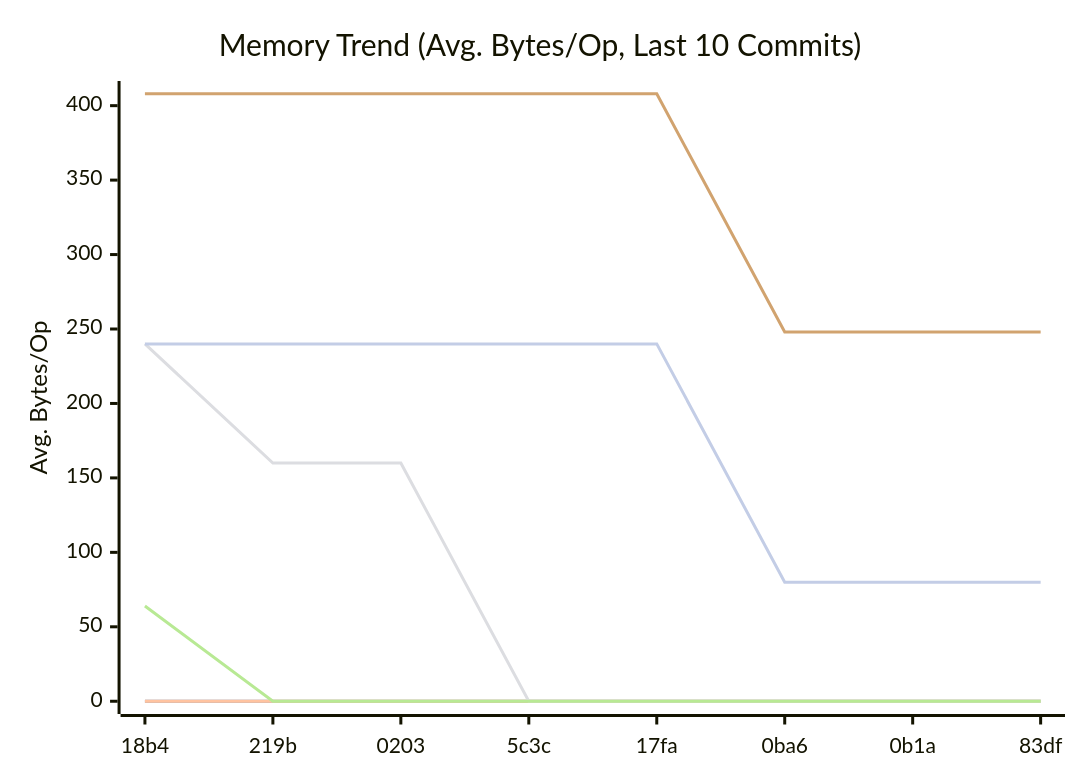
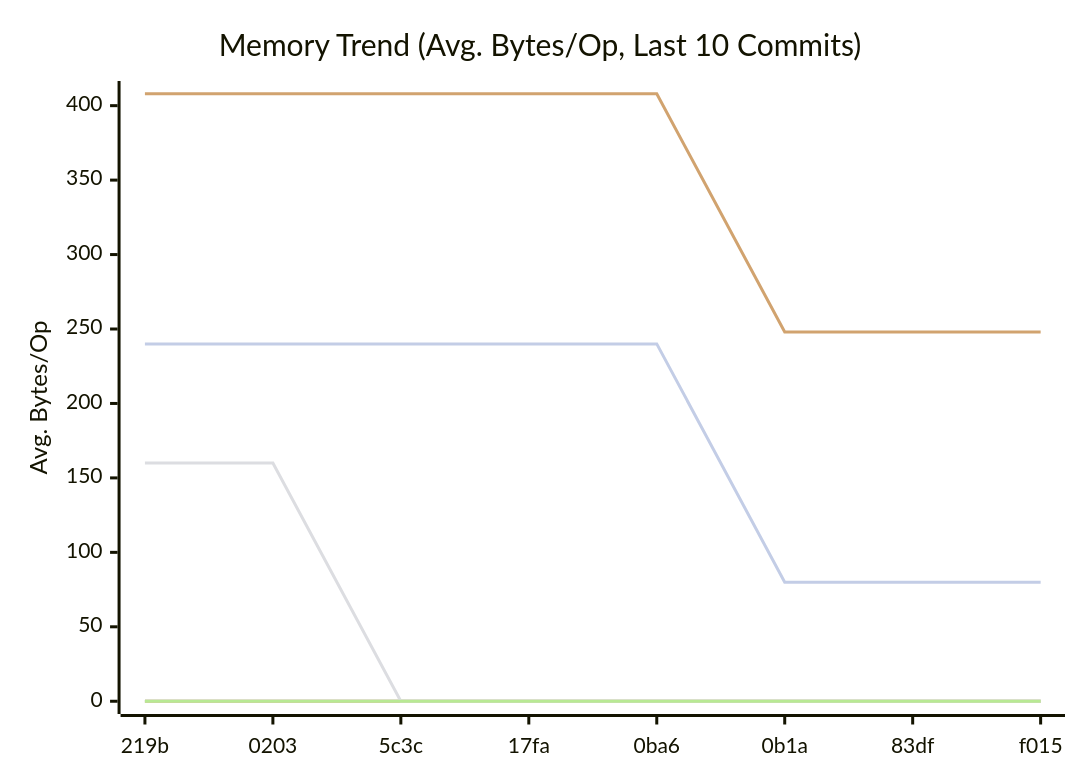
One commit to alsotoes/momo changed the second of 3 diagrams in docs/README.md. Above: the diagram before and after it, drawn with Mermaid. The commit also changed other lines of this file and 1 other file, not shown here.

````diff
--- a/docs/README.md
+++ b/docs/README.md
@@ -203,14 +203,14 @@
 ```mermaid
 xychart-beta
     title "Memory Trend (Avg. Bytes/Op, Last 10 Commits)"
     x-axis "Commit"
     y-axis "Avg. Bytes/Op"
-    x-axis [18b4,219b,0203,5c3c,17fa,0ba6,0b1a,83df]
+    x-axis [219b,0203,5c3c,17fa,0ba6,0b1a,83df,f015]
     line "CheckMetricsAndSwap" [0,0,0,0,0,0,0,0,0,0]
     line "IndexDirectTracking" [0,0,0,0,0,0,0,0,0,0]
     line "IndexSearch" [0,0,0,0,0,0,0,0,0,0]
-    line "LoadGlobalConfig" [240,160,160,0,0,0,0,0,0,0]
-    line "PadString" [64,0,0,0,0,0,0,0,0,0]
+    line "LoadGlobalConfig" [160,160,0,0,0,0,0,0,0,0]
+    line "PadString" [0,0,0,0,0,0,0,0,0,0]
     line "ParseReplicationOrder_NoPrealloc" [408,408,408,408,408,248,248,248,248,248]
     line "ParseReplicationOrder_Prealloc" [240,240,240,240,240,80,80,80,80,80]
 ```
````
